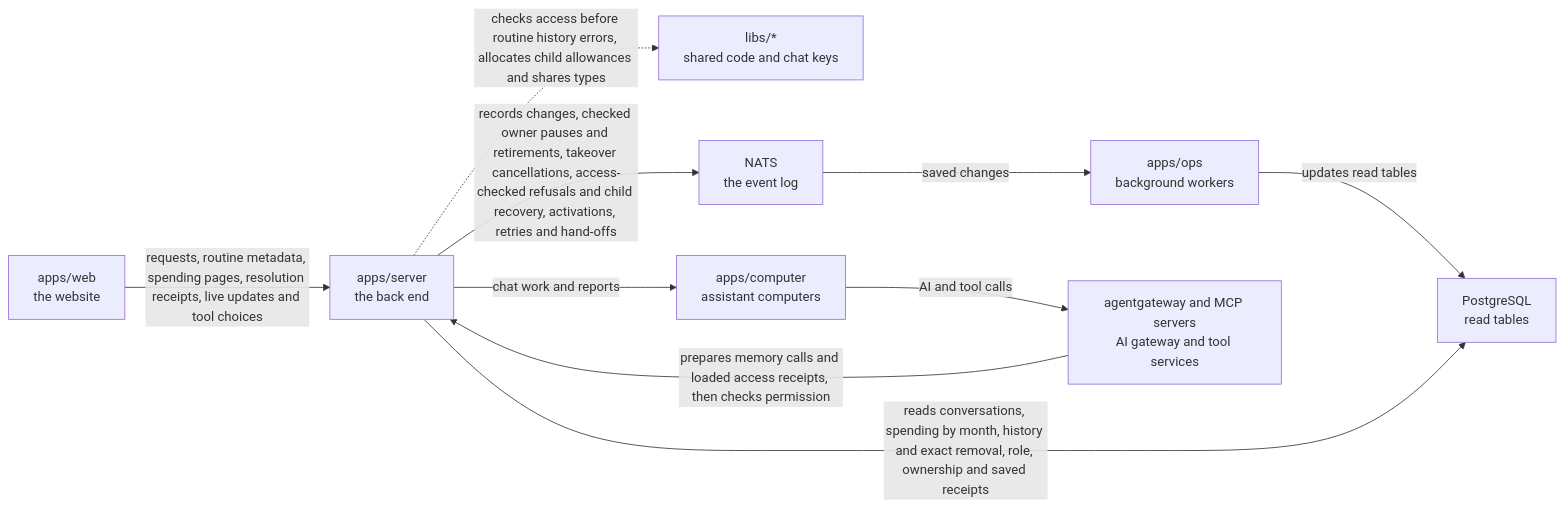
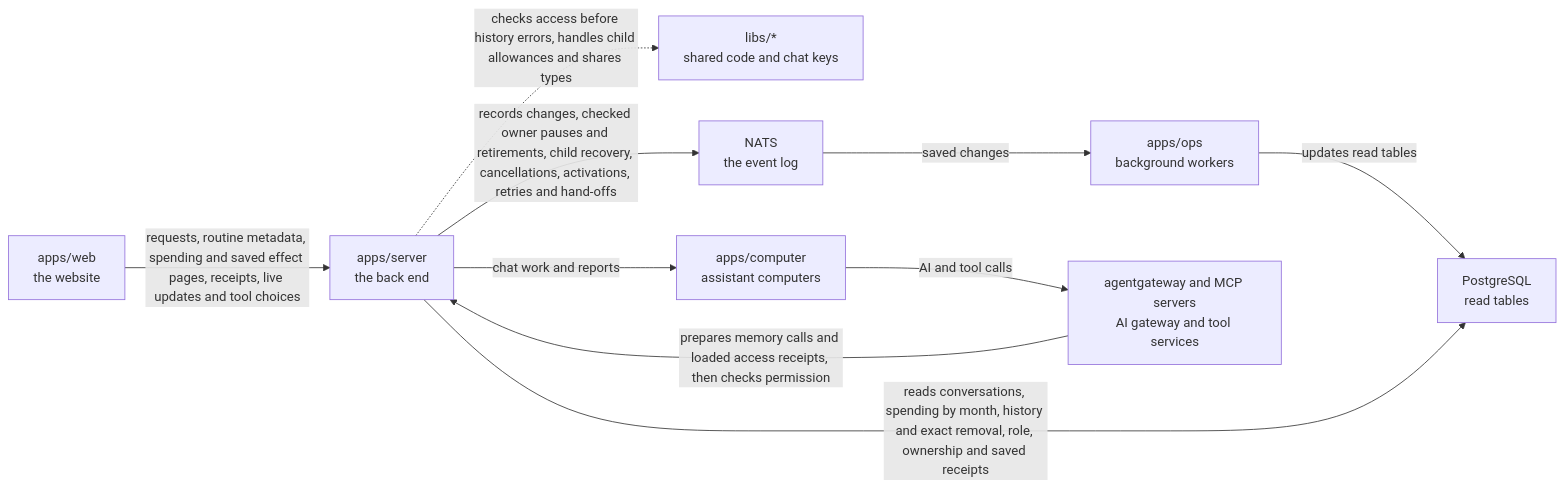
The diagram in apps/server/README.md (elewa-git/opencrane-new), drawn with Mermaid before and after one commit. The commit also changed other lines of this file and 13 other files, not shown here.

Commit message:
💶 Expose bounded saved effect records to finance readers

````diff
--- a/apps/server/README.md
+++ b/apps/server/README.md
@@ -50,12 +50,12 @@
 ```mermaid
 flowchart LR
-  web["apps/web<br/>the website"] -->|requests, routine metadata, spending pages, resolution receipts, live updates and tool choices| server["apps/server<br/>the back end"]
-  server -.->|checks access before routine history errors, allocates child allowances and shares types| libs["libs/*<br/>shared code and chat keys"]
-  server -->|records changes, checked owner pauses and retirements, takeover cancellations, access-checked refusals and child recovery, activations, retries and hand-offs| nats["NATS<br/>the event log"]
+  web["apps/web<br/>the website"] -->|requests, routine metadata, spending and saved effect pages, receipts, live updates and tool choices| server["apps/server<br/>the back end"]
+  server -.->|checks access before history errors, handles child allowances and shares types| libs["libs/*<br/>shared code and chat keys"]
+  server -->|records changes, checked owner pauses and retirements, child recovery, cancellations, activations, retries and hand-offs| nats["NATS<br/>the event log"]
   nats -->|saved changes| ops["apps/ops<br/>background workers"]
   ops -->|updates read tables| postgres["PostgreSQL<br/>read tables"]
   server -->|reads conversations, spending by month, history and exact removal, role, ownership and saved receipts| postgres
   server -->|chat work and reports| computer["apps/computer<br/>assistant computers"]
   computer -->|AI and tool calls| runtime["agentgateway and MCP servers<br/>AI gateway and tool services"]
   runtime -->|prepares memory calls and loaded access receipts, then checks permission| server
 ```
````
